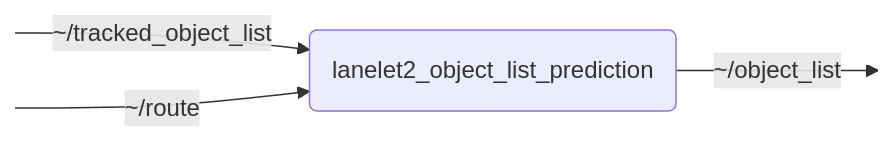
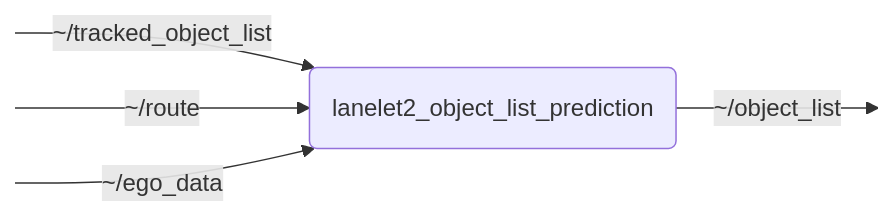
Before and after one commit to openads-project/lanelet2_object_list_prediction: the diagram in lanelet2_object_list_prediction/README.md, drawn with Mermaid. The commit also changed other lines of this file and 4 other files, not shown here.

````diff
--- a/lanelet2_object_list_prediction/README.md
+++ b/lanelet2_object_list_prediction/README.md
@@ -15,8 +15,9 @@
 ```mermaid
 flowchart LR
     NODE("lanelet2_object_list_prediction")
     S0:::hidden -->|~/tracked_object_list| NODE
     S1:::hidden -->|~/route| NODE
+    S2:::hidden -->|~/ego_data| NODE
     NODE -->|~/object_list| P0:::hidden
     classDef hidden display: none;
 ```
````
